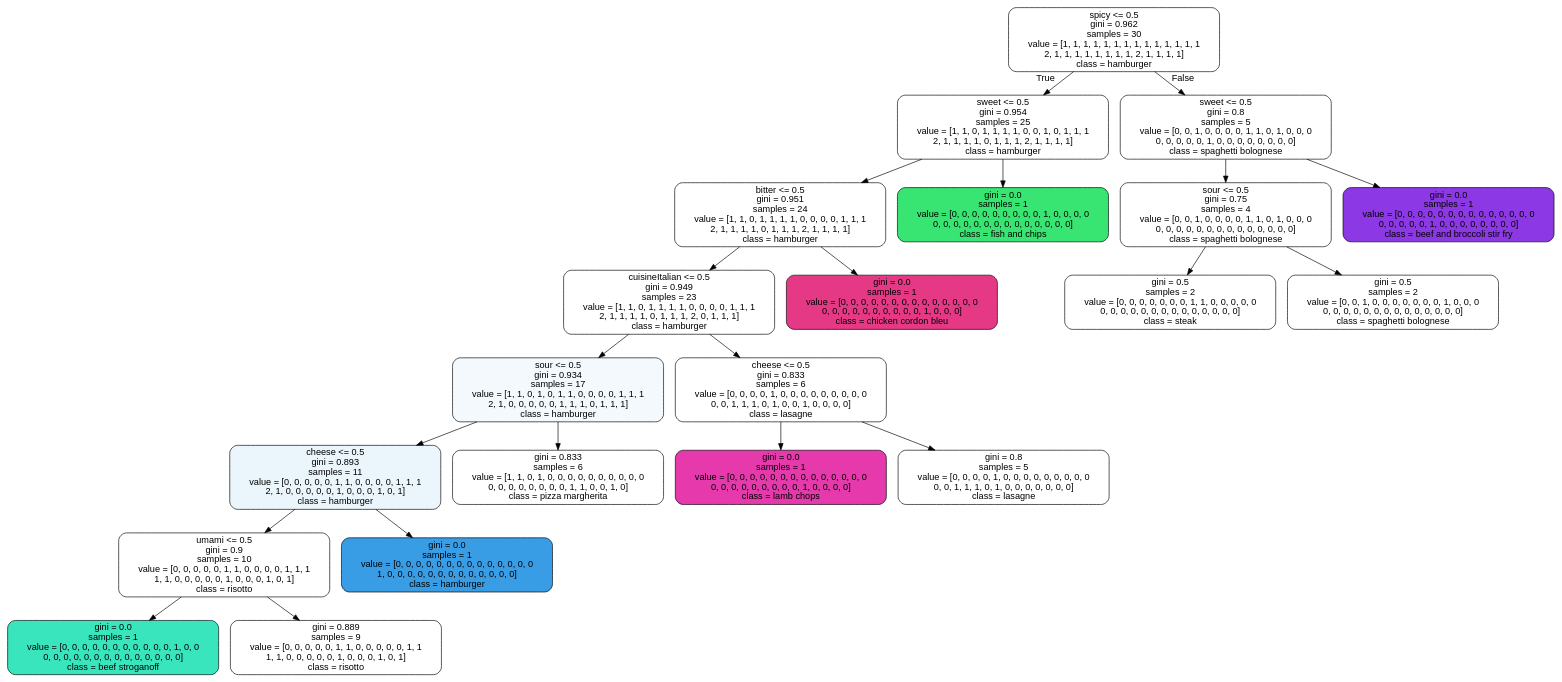
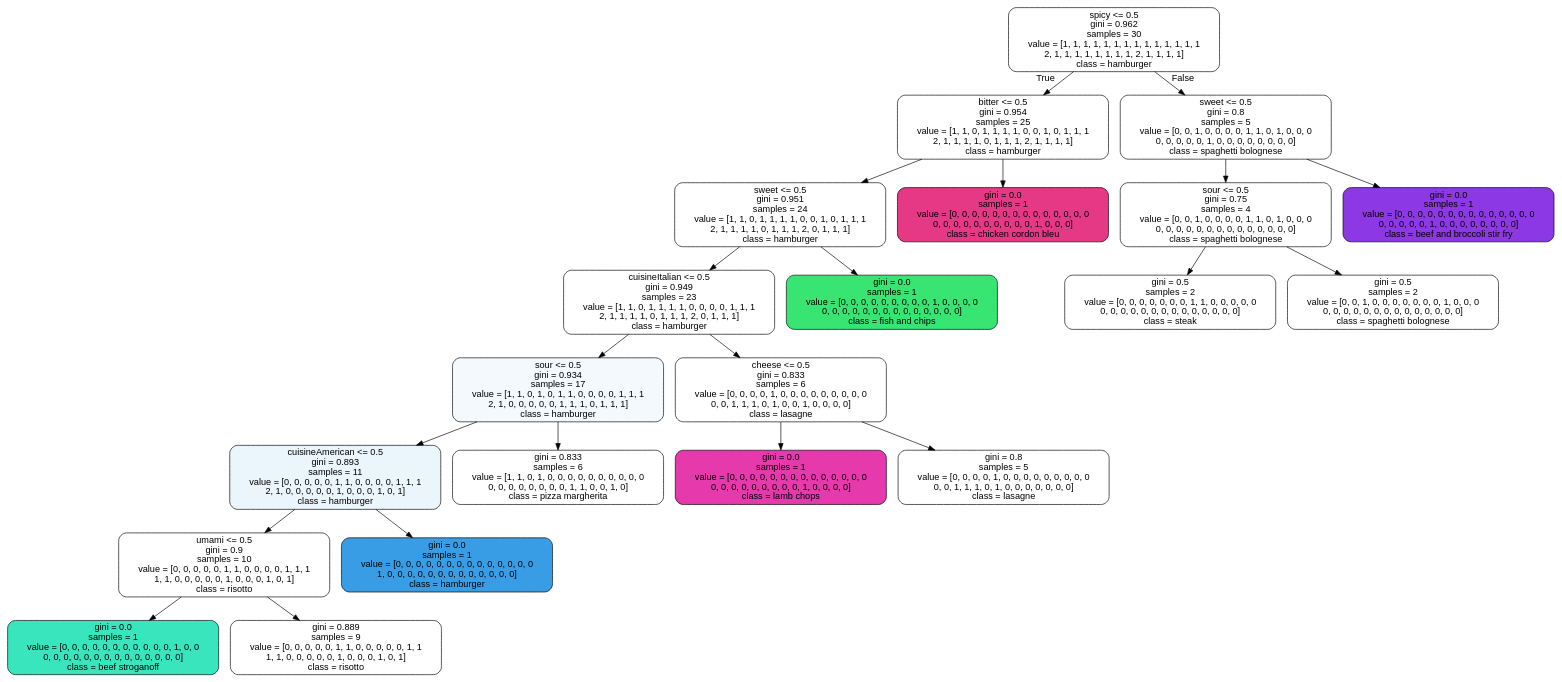
One commit to PawelManczak/Food-Akinator changed the diagram in iris_tree.dot. Above: the diagram before and after it, drawn with Graphviz. The commit also changed 2 other files, not shown here.

```diff
--- a/iris_tree.dot
+++ b/iris_tree.dot
@@ -1,45 +1,45 @@
 digraph Tree {
 node [shape=box, style="filled, rounded", color="black", fontname="helvetica"] ;
 edge [fontname="helvetica"] ;
 0 [label="spicy <= 0.5\ngini = 0.962\nsamples = 30\nvalue = [1, 1, 1, 1, 1, 1, 1, 1, 1, 1, 1, 1, 1, 1\n2, 1, 1, 1, 1, 1, 1, 1, 1, 2, 1, 1, 1, 1]\nclass = hamburger", fillcolor="#ffffff"] ;
-1 [label="sweet <= 0.5\ngini = 0.954\nsamples = 25\nvalue = [1, 1, 0, 1, 1, 1, 1, 0, 0, 1, 0, 1, 1, 1\n2, 1, 1, 1, 1, 0, 1, 1, 1, 2, 1, 1, 1, 1]\nclass = hamburger", fillcolor="#ffffff"] ;
+1 [label="bitter <= 0.5\ngini = 0.954\nsamples = 25\nvalue = [1, 1, 0, 1, 1, 1, 1, 0, 0, 1, 0, 1, 1, 1\n2, 1, 1, 1, 1, 0, 1, 1, 1, 2, 1, 1, 1, 1]\nclass = hamburger", fillcolor="#ffffff"] ;
 0 -> 1 [labeldistance=2.5, labelangle=45, headlabel="True"] ;
-2 [label="bitter <= 0.5\ngini = 0.951\nsamples = 24\nvalue = [1, 1, 0, 1, 1, 1, 1, 0, 0, 0, 0, 1, 1, 1\n2, 1, 1, 1, 1, 0, 1, 1, 1, 2, 1, 1, 1, 1]\nclass = hamburger", fillcolor="#ffffff"] ;
+2 [label="sweet <= 0.5\ngini = 0.951\nsamples = 24\nvalue = [1, 1, 0, 1, 1, 1, 1, 0, 0, 1, 0, 1, 1, 1\n2, 1, 1, 1, 1, 0, 1, 1, 1, 2, 0, 1, 1, 1]\nclass = hamburger", fillcolor="#ffffff"] ;
 1 -> 2 ;
 3 [label="cuisineItalian <= 0.5\ngini = 0.949\nsamples = 23\nvalue = [1, 1, 0, 1, 1, 1, 1, 0, 0, 0, 0, 1, 1, 1\n2, 1, 1, 1, 1, 0, 1, 1, 1, 2, 0, 1, 1, 1]\nclass = hamburger", fillcolor="#ffffff"] ;
 2 -> 3 ;
 4 [label="sour <= 0.5\ngini = 0.934\nsamples = 17\nvalue = [1, 1, 0, 1, 0, 1, 1, 0, 0, 0, 0, 1, 1, 1\n2, 1, 0, 0, 0, 0, 0, 1, 1, 1, 0, 1, 1, 1]\nclass = hamburger", fillcolor="#f3f9fd"] ;
 3 -> 4 ;
-5 [label="cheese <= 0.5\ngini = 0.893\nsamples = 11\nvalue = [0, 0, 0, 0, 0, 1, 1, 0, 0, 0, 0, 1, 1, 1\n2, 1, 0, 0, 0, 0, 0, 1, 0, 0, 0, 1, 0, 1]\nclass = hamburger", fillcolor="#ebf5fc"] ;
+5 [label="cuisineAmerican <= 0.5\ngini = 0.893\nsamples = 11\nvalue = [0, 0, 0, 0, 0, 1, 1, 0, 0, 0, 0, 1, 1, 1\n2, 1, 0, 0, 0, 0, 0, 1, 0, 0, 0, 1, 0, 1]\nclass = hamburger", fillcolor="#ebf5fc"] ;
 4 -> 5 ;
 6 [label="umami <= 0.5\ngini = 0.9\nsamples = 10\nvalue = [0, 0, 0, 0, 0, 1, 1, 0, 0, 0, 0, 1, 1, 1\n1, 1, 0, 0, 0, 0, 0, 1, 0, 0, 0, 1, 0, 1]\nclass = risotto", fillcolor="#ffffff"] ;
 5 -> 6 ;
 7 [label="gini = 0.0\nsamples = 1\nvalue = [0, 0, 0, 0, 0, 0, 0, 0, 0, 0, 0, 1, 0, 0\n0, 0, 0, 0, 0, 0, 0, 0, 0, 0, 0, 0, 0, 0]\nclass = beef stroganoff", fillcolor="#39e5bd"] ;
 6 -> 7 ;
 8 [label="gini = 0.889\nsamples = 9\nvalue = [0, 0, 0, 0, 0, 1, 1, 0, 0, 0, 0, 0, 1, 1\n1, 1, 0, 0, 0, 0, 0, 1, 0, 0, 0, 1, 0, 1]\nclass = risotto", fillcolor="#ffffff"] ;
 6 -> 8 ;
 9 [label="gini = 0.0\nsamples = 1\nvalue = [0, 0, 0, 0, 0, 0, 0, 0, 0, 0, 0, 0, 0, 0\n1, 0, 0, 0, 0, 0, 0, 0, 0, 0, 0, 0, 0, 0]\nclass = hamburger", fillcolor="#399de5"] ;
 5 -> 9 ;
 10 [label="gini = 0.833\nsamples = 6\nvalue = [1, 1, 0, 1, 0, 0, 0, 0, 0, 0, 0, 0, 0, 0\n0, 0, 0, 0, 0, 0, 0, 0, 1, 1, 0, 0, 1, 0]\nclass = pizza margherita", fillcolor="#ffffff"] ;
 4 -> 10 ;
 11 [label="cheese <= 0.5\ngini = 0.833\nsamples = 6\nvalue = [0, 0, 0, 0, 1, 0, 0, 0, 0, 0, 0, 0, 0, 0\n0, 0, 1, 1, 1, 0, 1, 0, 0, 1, 0, 0, 0, 0]\nclass = lasagne", fillcolor="#ffffff"] ;
 3 -> 11 ;
 12 [label="gini = 0.0\nsamples = 1\nvalue = [0, 0, 0, 0, 0, 0, 0, 0, 0, 0, 0, 0, 0, 0\n0, 0, 0, 0, 0, 0, 0, 0, 0, 1, 0, 0, 0, 0]\nclass = lamb chops", fillcolor="#e539ac"] ;
 11 -> 12 ;
 13 [label="gini = 0.8\nsamples = 5\nvalue = [0, 0, 0, 0, 1, 0, 0, 0, 0, 0, 0, 0, 0, 0\n0, 0, 1, 1, 1, 0, 1, 0, 0, 0, 0, 0, 0, 0]\nclass = lasagne", fillcolor="#ffffff"] ;
 11 -> 13 ;
-14 [label="gini = 0.0\nsamples = 1\nvalue = [0, 0, 0, 0, 0, 0, 0, 0, 0, 0, 0, 0, 0, 0\n0, 0, 0, 0, 0, 0, 0, 0, 0, 0, 1, 0, 0, 0]\nclass = chicken cordon bleu", fillcolor="#e53986"] ;
+14 [label="gini = 0.0\nsamples = 1\nvalue = [0, 0, 0, 0, 0, 0, 0, 0, 0, 1, 0, 0, 0, 0\n0, 0, 0, 0, 0, 0, 0, 0, 0, 0, 0, 0, 0, 0]\nclass = fish and chips", fillcolor="#39e572"] ;
 2 -> 14 ;
-15 [label="gini = 0.0\nsamples = 1\nvalue = [0, 0, 0, 0, 0, 0, 0, 0, 0, 1, 0, 0, 0, 0\n0, 0, 0, 0, 0, 0, 0, 0, 0, 0, 0, 0, 0, 0]\nclass = fish and chips", fillcolor="#39e572"] ;
+15 [label="gini = 0.0\nsamples = 1\nvalue = [0, 0, 0, 0, 0, 0, 0, 0, 0, 0, 0, 0, 0, 0\n0, 0, 0, 0, 0, 0, 0, 0, 0, 0, 1, 0, 0, 0]\nclass = chicken cordon bleu", fillcolor="#e53986"] ;
 1 -> 15 ;
 16 [label="sweet <= 0.5\ngini = 0.8\nsamples = 5\nvalue = [0, 0, 1, 0, 0, 0, 0, 1, 1, 0, 1, 0, 0, 0\n0, 0, 0, 0, 0, 1, 0, 0, 0, 0, 0, 0, 0, 0]\nclass = spaghetti bolognese", fillcolor="#ffffff"] ;
 0 -> 16 [labeldistance=2.5, labelangle=-45, headlabel="False"] ;
 17 [label="sour <= 0.5\ngini = 0.75\nsamples = 4\nvalue = [0, 0, 1, 0, 0, 0, 0, 1, 1, 0, 1, 0, 0, 0\n0, 0, 0, 0, 0, 0, 0, 0, 0, 0, 0, 0, 0, 0]\nclass = spaghetti bolognese", fillcolor="#ffffff"] ;
 16 -> 17 ;
 18 [label="gini = 0.5\nsamples = 2\nvalue = [0, 0, 0, 0, 0, 0, 0, 1, 1, 0, 0, 0, 0, 0\n0, 0, 0, 0, 0, 0, 0, 0, 0, 0, 0, 0, 0, 0]\nclass = steak", fillcolor="#ffffff"] ;
 17 -> 18 ;
 19 [label="gini = 0.5\nsamples = 2\nvalue = [0, 0, 1, 0, 0, 0, 0, 0, 0, 0, 1, 0, 0, 0\n0, 0, 0, 0, 0, 0, 0, 0, 0, 0, 0, 0, 0, 0]\nclass = spaghetti bolognese", fillcolor="#ffffff"] ;
 17 -> 19 ;
 20 [label="gini = 0.0\nsamples = 1\nvalue = [0, 0, 0, 0, 0, 0, 0, 0, 0, 0, 0, 0, 0, 0\n0, 0, 0, 0, 0, 1, 0, 0, 0, 0, 0, 0, 0, 0]\nclass = beef and broccoli stir fry", fillcolor="#8c39e5"] ;
 16 -> 20 ;
 }
```
